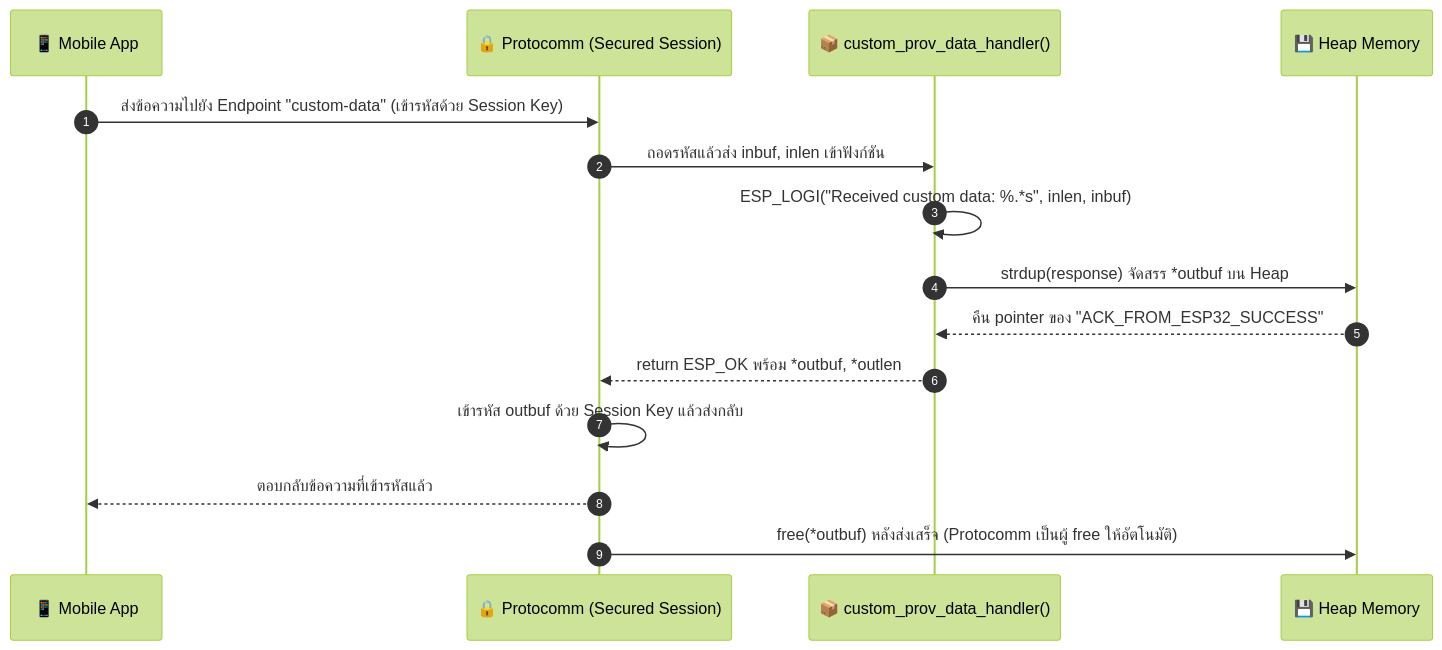
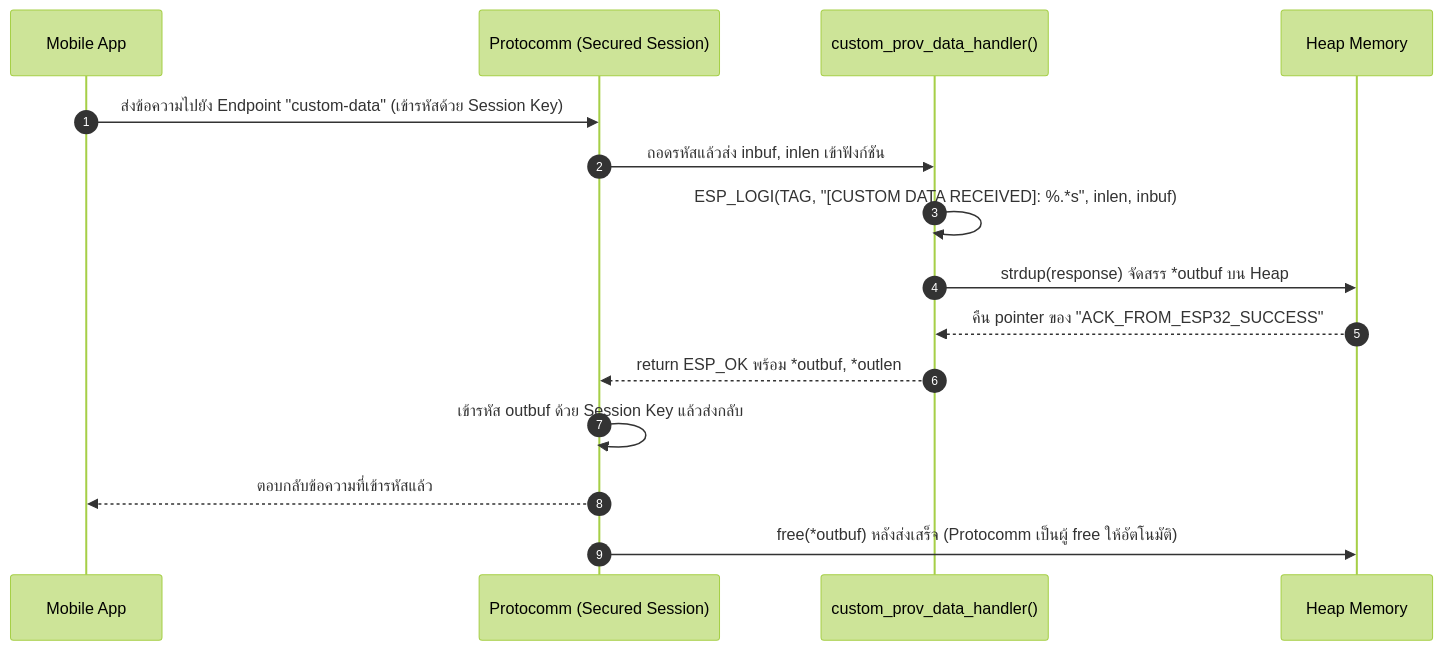
Before and after one commit to IoT-App-2569/Week-07-W-iFi-Privisioning: the second of 2 diagrams in Answers/Lab7-4-Answers.md, drawn with Mermaid (forest theme). The commit also changed other lines of this file and 4 other files, not shown here.

````diff
--- a/Answers/Lab7-4-Answers.md
+++ b/Answers/Lab7-4-Answers.md
@@ -90,18 +90,18 @@
 ```mermaid
 sequenceDiagram
     autonumber
-    participant App as 📱 Mobile App
-    participant Proto as 🔒 Protocomm (Secured Session)
-    participant Handler as 📦 custom_prov_data_handler()
-    participant Heap as 💾 Heap Memory
+    participant App as Mobile App
+    participant Proto as Protocomm (Secured Session)
+    participant Handler as custom_prov_data_handler()
+    participant Heap as Heap Memory
 
     App->>Proto: ส่งข้อความไปยัง Endpoint "custom-data" (เข้ารหัสด้วย Session Key)
     Proto->>Handler: ถอดรหัสแล้วส่ง inbuf, inlen เข้าฟังก์ชัน
-    Handler->>Handler: ESP_LOGI("Received custom data: %.*s", inlen, inbuf)
+    Handler->>Handler: ESP_LOGI(TAG, "[CUSTOM DATA RECEIVED]: %.*s", inlen, inbuf)
     Handler->>Heap: strdup(response) จัดสรร *outbuf บน Heap
     Heap-->>Handler: คืน pointer ของ "ACK_FROM_ESP32_SUCCESS"
     Handler-->>Proto: return ESP_OK พร้อม *outbuf, *outlen
     Proto->>Proto: เข้ารหัส outbuf ด้วย Session Key แล้วส่งกลับ
     Proto-->>App: ตอบกลับข้อความที่เข้ารหัสแล้ว
     Proto->>Heap: free(*outbuf) หลังส่งเสร็จ (Protocomm เป็นผู้ free ให้อัตโนมัติ)
 ```
````
